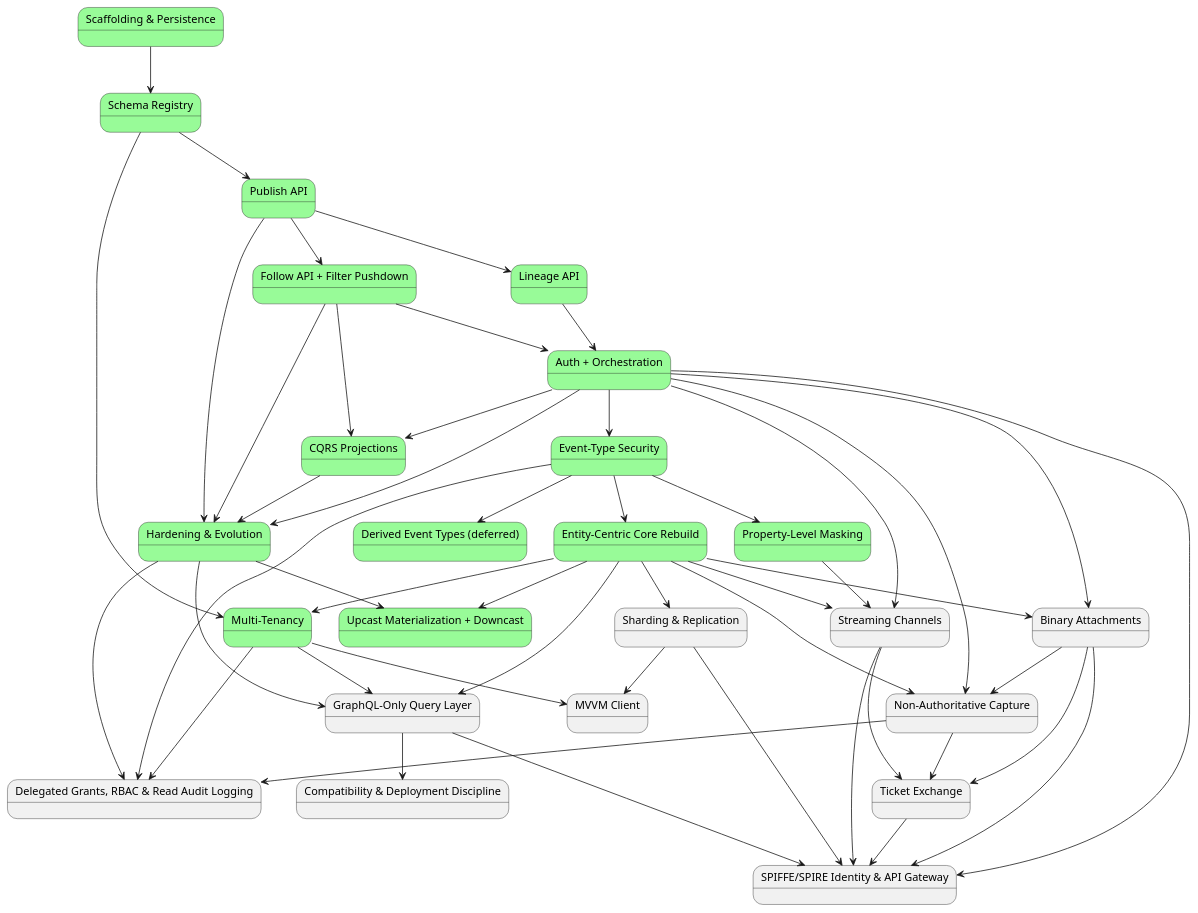
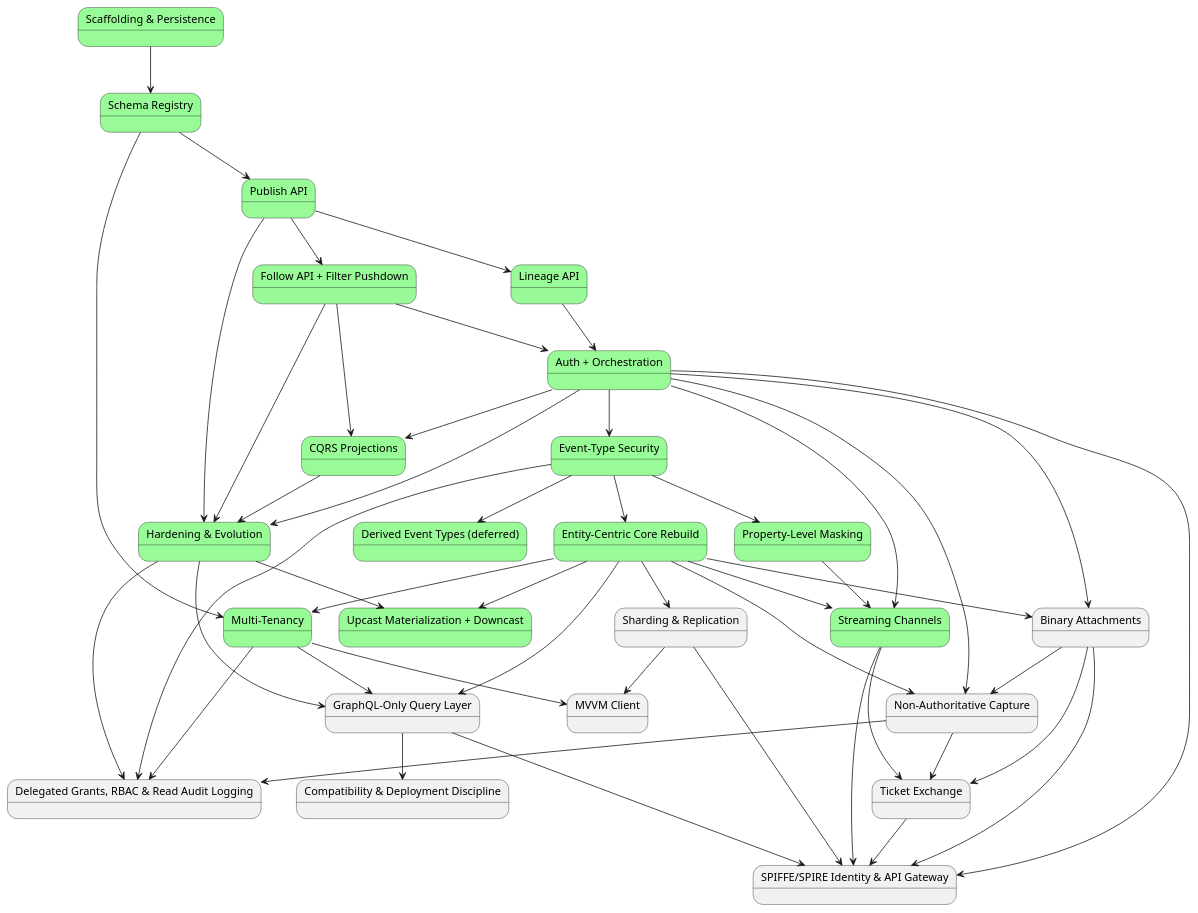
Before and after one commit to Mwwhited-BookLearning/EventSourcing: the first of 2 diagrams in docs/08-build-plan.md, drawn with PlantUML. The commit also changed other lines of this file and 54 other files, not shown here.

First line of the commit message:
Build Streaming Channels (build-plan item 15)

````diff
--- a/docs/08-build-plan.md
+++ b/docs/08-build-plan.md
@@ -156,77 +156,77 @@
 ```plantuml
 @startuml BuildPlan_CorePhases
 state "Scaffolding & Persistence" as p0 #palegreen
 state "Schema Registry" as p1 #palegreen
 state "Publish API" as p2 #palegreen
 state "Lineage API" as p3 #palegreen
 state "Follow API + Filter Pushdown" as p4 #palegreen
 state "Auth + Orchestration" as p5 #palegreen
 state "Event-Type Security" as p6 #palegreen
 state "Derived Event Types (deferred)" as p7 #palegreen
 state "Property-Level Masking" as p8 #palegreen
 state "CQRS Projections" as p9 #palegreen
 state "Hardening & Evolution" as p10 #palegreen
 state "Entity-Centric Core Rebuild" as p11 #palegreen
 state "Multi-Tenancy" as p12 #palegreen
 state "Upcast Materialization + Downcast" as p13 #palegreen
-state "Streaming Channels" as p14
+state "Streaming Channels" as p14 #palegreen
 state "Binary Attachments" as p15
 state "Sharding & Replication" as p16
 state "Non-Authoritative Capture" as p17
 state "GraphQL-Only Query Layer" as p18
 state "Compatibility & Deployment Discipline" as p19
 state "MVVM Client" as p20
 state "Ticket Exchange" as p21
 state "Delegated Grants, RBAC & Read Audit Logging" as p22
 state "SPIFFE/SPIRE Identity & API Gateway" as p23
 
 p0 --> p1
 p1 --> p2
 p2 --> p3
 p2 --> p4
 p3 --> p5
 p4 --> p5
 p5 --> p6
 p6 --> p7
 p6 --> p8
 p4 --> p9
 p5 --> p9
 p5 --> p10
 p2 --> p10
 p4 --> p10
 p9 --> p10
 p6 --> p11
 p1 --> p12
 p11 --> p12
 p10 --> p13
 p11 --> p13
 p5 --> p14
 p11 --> p14
 p8 --> p14
 p5 --> p15
 p11 --> p15
 p11 --> p16
 p11 --> p17
 p5 --> p17
 p15 --> p17
 p11 --> p18
 p12 --> p18
 p10 --> p18
 p18 --> p19
 p12 --> p20
 p16 --> p20
 p14 --> p21
 p15 --> p21
 p17 --> p21
 p17 --> p22
 p6 --> p22
 p12 --> p22
 p10 --> p22
 p5 --> p23
 p16 --> p23
 p14 --> p23
 p15 --> p23
 p18 --> p23
 p21 --> p23
 @enduml
 ```
````
